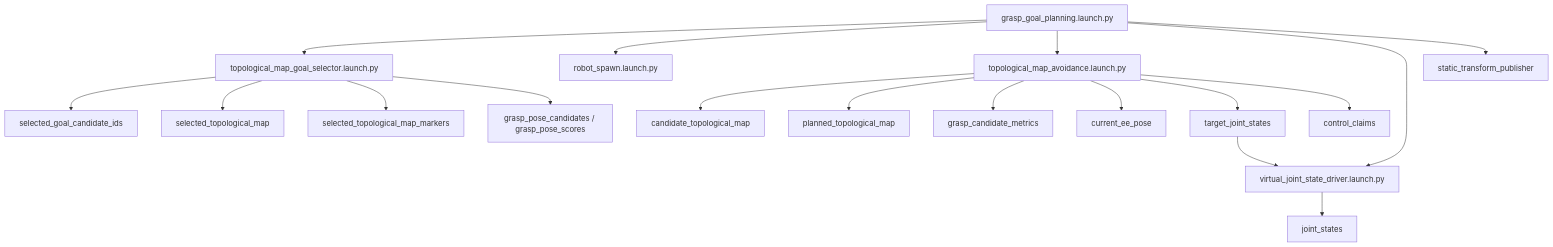
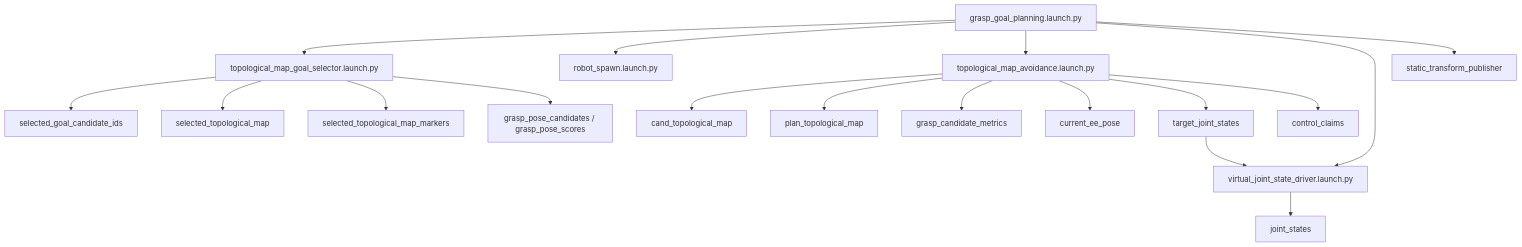
The first of 7 diagrams in gng_vlut_system/docs/TECHNICAL_SPEC.md (uraki-UH/arm_avoidance), drawn with Mermaid before and after one commit. The commit also changed other lines of this file and 1 other file, not shown here.

Commit message:
fix: Update topic names from 'planned_topological_map' to 'plan_topological_map' and 'candidate_topological_map' to 'cand_topological_map'

````diff
--- a/gng_vlut_system/docs/TECHNICAL_SPEC.md
+++ b/gng_vlut_system/docs/TECHNICAL_SPEC.md
@@ -20,23 +20,23 @@
 ```mermaid
 flowchart TD
     A[grasp_goal_planning.launch.py] --> B[topological_map_goal_selector.launch.py]
     A --> C[robot_spawn.launch.py]
     A --> D[topological_map_avoidance.launch.py]
     A --> E[virtual_joint_state_driver.launch.py]
     A --> F[static_transform_publisher]
 
     B --> G[selected_goal_candidate_ids]
     B --> H[selected_topological_map]
     B --> I[selected_topological_map_markers]
     B --> J[grasp_pose_candidates / grasp_pose_scores]
 
-    D --> K[candidate_topological_map]
-    D --> L[planned_topological_map]
+    D --> K[cand_topological_map]
+    D --> L[plan_topological_map]
     D --> M[grasp_candidate_metrics]
     D --> N[current_ee_pose]
     D --> O[target_joint_states]
     D --> P[control_claims]
 
     O --> E
     E --> Q[joint_states]
 ```
````
